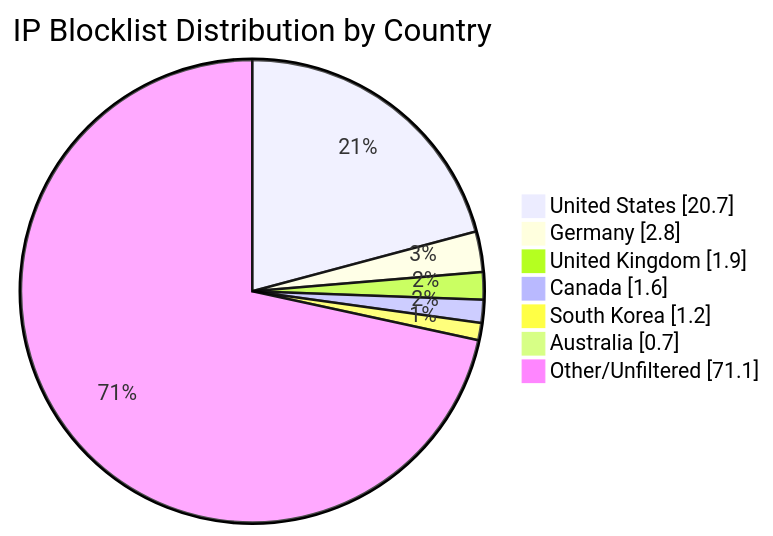
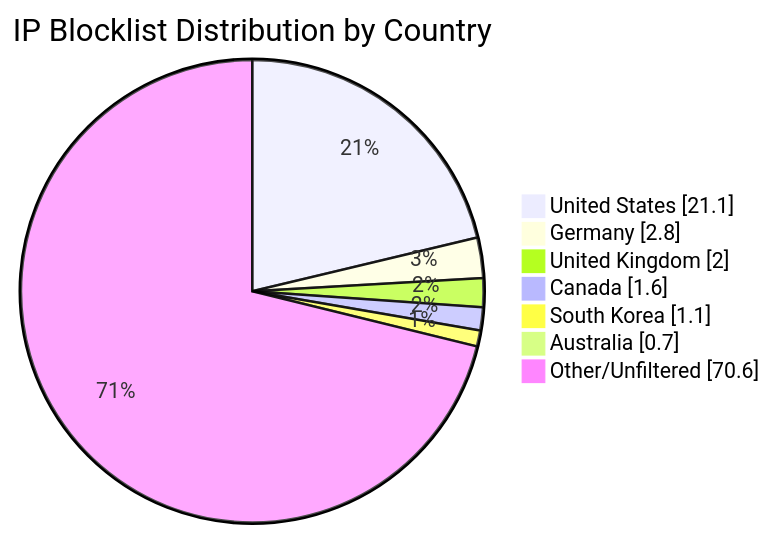
One commit to MarcusHoltz/ipblocklist-geofiltered-aggregator changed the diagram in README.md. Above: the diagram before and after it, drawn with Mermaid. The commit also changed other lines of this file and 9 other files, not shown here.

````diff
--- a/README.md
+++ b/README.md
@@ -34,10 +34,10 @@
 ```mermaid
 pie showData title IP Blocklist Distribution by Country
-"United States" : 20.7
+"United States" : 21.1
 "Germany" : 2.8
-"United Kingdom" : 1.9
+"United Kingdom" : 2.0
 "Canada" : 1.6
-"South Korea" : 1.2
+"South Korea" : 1.1
 "Australia" : 0.7
-"Other/Unfiltered" : 71.1
+"Other/Unfiltered" : 70.6
 ```
````
